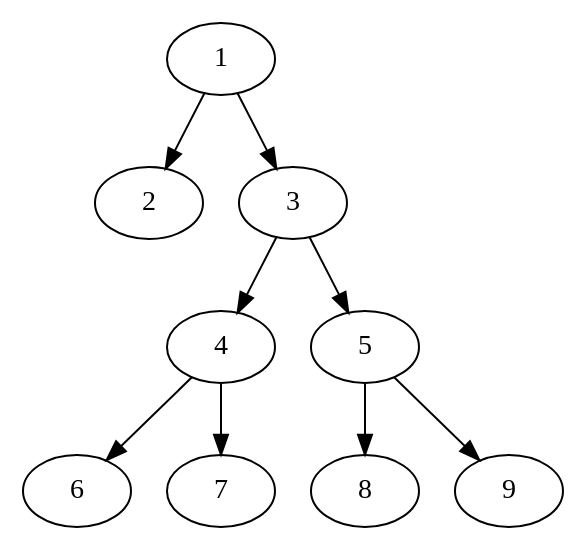
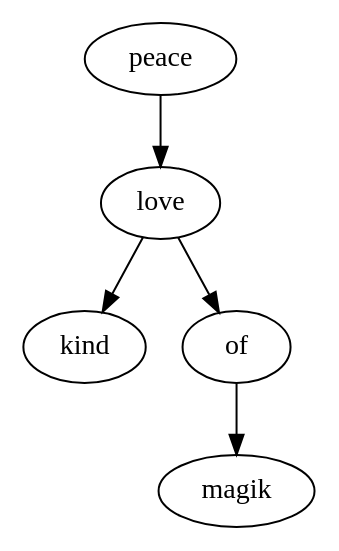
One commit to SemikO123/bmstu changed the diagram in 2ndCourse/tsd/6lab/graph.gv. Above: the diagram before and after it, drawn with Graphviz. The commit also changed 3 other files, not shown here.

Commit message:
+graphviz and some bugs fixed

```diff
--- a/2ndCourse/tsd/6lab/graph.gv
+++ b/2ndCourse/tsd/6lab/graph.gv
@@ -1,10 +1,6 @@
-digraph G{ 
- 1->2;
- 1->3;
- 3->4;
- 3->5;
- 4->6;
- 4->7;
- 5->8;
- 5->9;
+digraph G{
+peace -> love 
+love -> kind 
+love -> of 
+of -> magik 
 }
```
